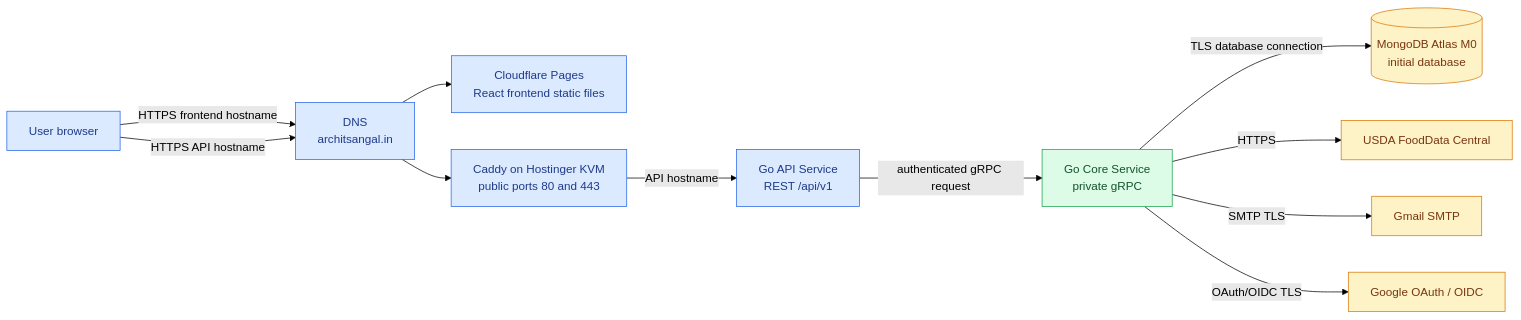
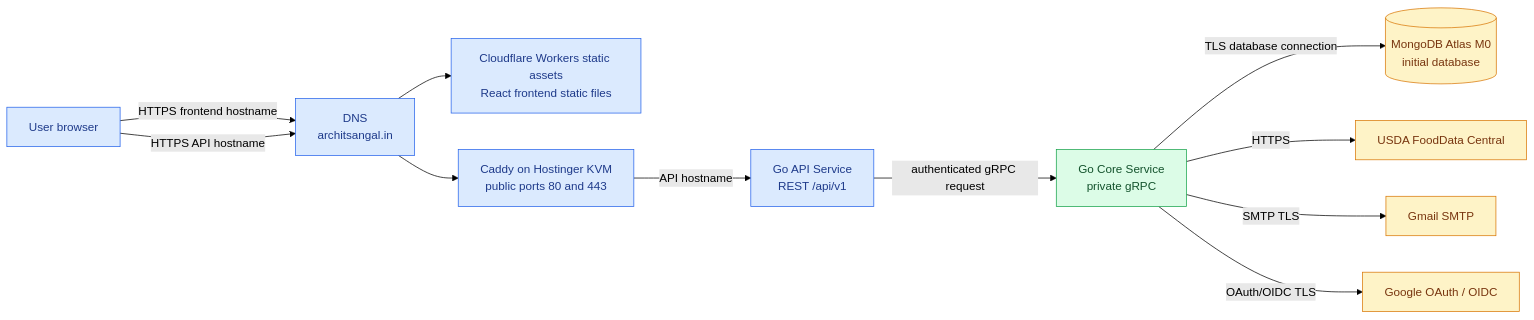
Before and after one commit to architsangal/AteThat: the first of 10 diagrams in docs/ARCHITECTURE_VISUAL_SUMMARY.md, drawn with Mermaid (forest theme). The commit also changed other lines of this file and 20 other files, not shown here.

Commit message:
docs: reconcile released phases and phase three roadmap

````diff
--- a/docs/ARCHITECTURE_VISUAL_SUMMARY.md
+++ b/docs/ARCHITECTURE_VISUAL_SUMMARY.md
@@ -13,29 +15,29 @@
 ```mermaid
 flowchart LR
     User[User browser]
     DNS[DNS<br/>architsangal.in]
-    Pages[Cloudflare Pages<br/>React frontend static files]
+    Worker[Cloudflare Workers static assets<br/>React frontend static files]
     Edge[Caddy on Hostinger KVM<br/>public ports 80 and 443]
     API[Go API Service<br/>REST /api/v1]
     Core[Go Core Service<br/>private gRPC]
     DB[(MongoDB Atlas M0<br/>initial database)]
     USDA[USDA FoodData Central]
     SMTP[Gmail SMTP]
     Google[Google OAuth / OIDC]
 
-    User -->|HTTPS frontend hostname| DNS --> Pages
+    User -->|HTTPS frontend hostname| DNS --> Worker
     User -->|HTTPS API hostname| DNS --> Edge
     Edge -->|API hostname| API
     API -->|authenticated gRPC request| Core
     Core -->|TLS database connection| DB
     Core -->|HTTPS| USDA
     Core -->|SMTP TLS| SMTP
     Core -->|OAuth/OIDC TLS| Google
 
     classDef public fill:#dbeafe,stroke:#2563eb,color:#1e3a8a
     classDef private fill:#dcfce7,stroke:#16a34a,color:#14532d
     classDef external fill:#fef3c7,stroke:#d97706,color:#78350f
-    class User,DNS,Pages,Edge,API public
+    class User,DNS,Worker,Edge,API public
     class Core private
     class DB,USDA,SMTP,Google external
 ```
````
